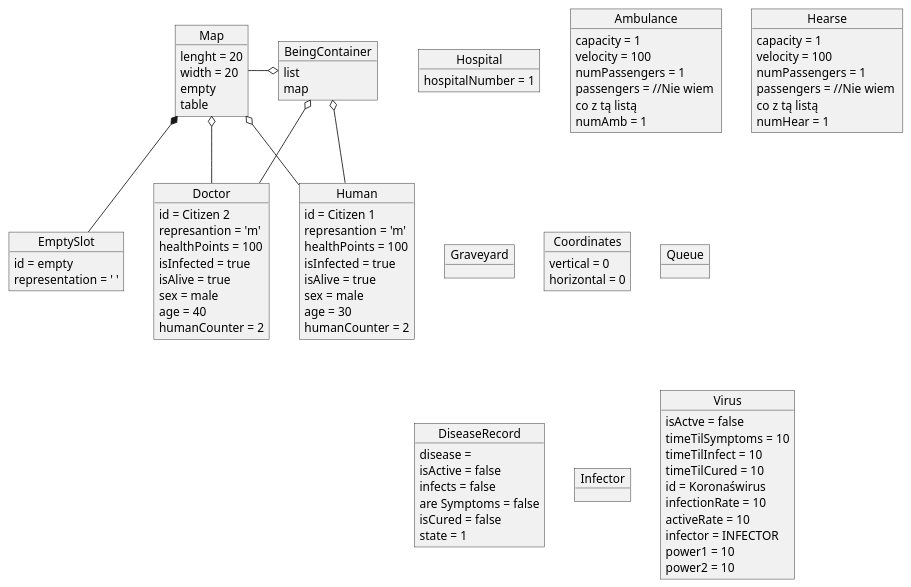
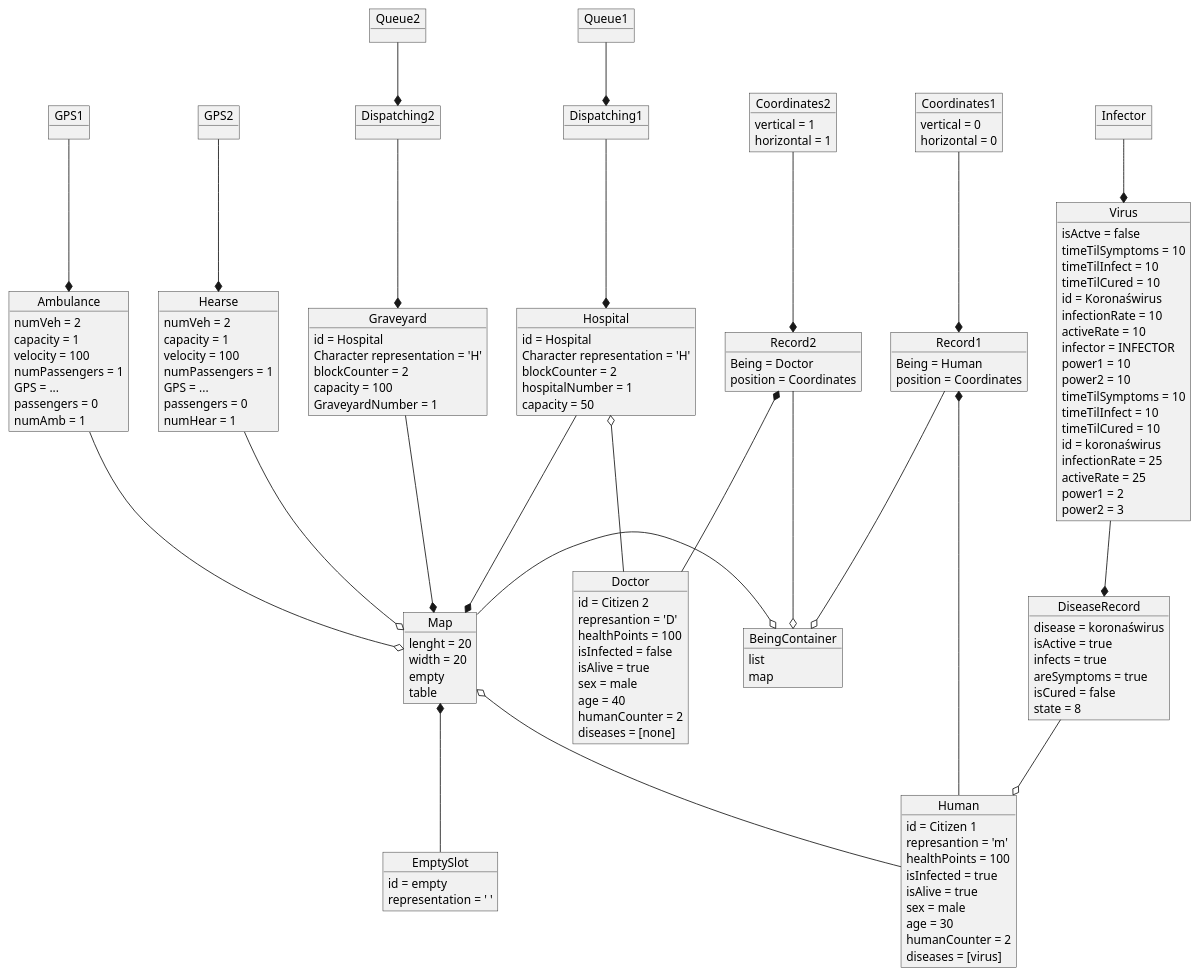
The diagram in dokumentacja/Object_diagram/Object_diagram.plantuml (karolWazny/plague-repo), drawn with PlantUML before and after one commit. The commit also changed 1 other file, not shown here.

Commit message:
Diagram obiektów v2

```diff
--- a/dokumentacja/Object_diagram/Object_diagram.plantuml
+++ b/dokumentacja/Object_diagram/Object_diagram.plantuml
@@ -1,94 +1,164 @@
 @startuml Object diagram
 object BeingContainer{
     list
     map
 }
 object Map{
     lenght = 20
     width = 20
     empty 
-    table
+    table 
 } 
 object Human{
     id = Citizen 1
     represantion = 'm'
     healthPoints = 100
     isInfected = true
     isAlive = true
     sex = male 
     age = 30 
     humanCounter = 2
+    diseases = [virus] 
 }
 object Doctor{
     id = Citizen 2
-    represantion = 'm'
+    represantion = 'D'
     healthPoints = 100
-    isInfected = true
+    isInfected = false
     isAlive = true
     sex = male 
     age = 40 
     humanCounter = 2
+    diseases = [none]
 }
 object EmptySlot{
     id = empty
     representation = ' '
 }
 object Hospital{
+    id = Hospital
+    Character representation = 'H'
+    blockCounter = 2
     hospitalNumber = 1
+    capacity = 50
+}
+object Dispatching1{
+
+}
+object Dispatching2{
+
+}
+object GPS1{
+
 }
 object Ambulance{
+    numVeh = 2
     capacity = 1
     velocity = 100
     numPassengers = 1
-    passengers = //Nie wiem \nco z tą listą 
+    GPS = ...
+    passengers = 0
     numAmb = 1
 }
 object Hearse{
+    numVeh = 2
     capacity = 1
     velocity = 100
     numPassengers = 1
-    passengers = //Nie wiem \nco z tą listą
+    GPS = ...
+    passengers = 0
     numHear = 1
 }
+object GPS2{
+
+}
 object Graveyard{
-    
+    id = Hospital
+    Character representation = 'H'
+    blockCounter = 2
+    capacity = 100
+    GraveyardNumber = 1
 }
-object Coordinates{
+object Coordinates1{
     vertical = 0
     horizontal = 0
 }
-object Queue{
+object Queue1{
 
 }
-object DiseaseRecord{
-    disease = 
-    isActive = false 
-    infects = false 
-    are Symptoms = false 
-    isCured = false 
-    state = 1
+object Queue2{
+
 }
+
 object Infector{
     
 }
 object Virus{
     isActve = false
     timeTilSymptoms = 10
     timeTilInfect = 10
     timeTilCured = 10
     id = Koronaświrus
     infectionRate = 10
     activeRate = 10
     infector = INFECTOR 
     power1 = 10
     power2 = 10
 }
+object Virus{
+    timeTilSymptoms = 10
+    timeTilInfect = 10
+    timeTilCured = 10
+    id = koronaświrus
+    infectionRate = 25
+    activeRate = 25
+    power1 = 2
+    power2 = 3
+}
+object DiseaseRecord{
+    disease = koronaświrus
+    isActive = true 
+    infects = true 
+    areSymptoms = true 
+    isCured = false 
+    state = 8
+}
+object Record1{
+    Being = Human
+    position = Coordinates
+}
+object Record2{
+    Being = Doctor
+    position = Coordinates
+}
+object Coordinates2{
+    vertical = 1
+    horizontal = 1
+}
 
 Map -o BeingContainer 
 Map *-- EmptySlot
 Map o-- Human
-BeingContainer o-- Human
-Map o-- Doctor
-BeingContainer o-- Doctor
+Record1 *-- Human
+Hospital o-- Doctor
+Record2 *-- Doctor
+Record1 --o BeingContainer
+Hospital --* Map 
+Graveyard --* Map 
+GPS1 --* Ambulance 
+Ambulance --o Map
+GPS2 --* Hearse 
+Hearse --o Map
+Infector --* Virus
+Dispatching1 --* Hospital
+Dispatching2 --* Graveyard
+Queue1 --* Dispatching1
+Queue2 --* Dispatching2
+Virus --* DiseaseRecord
+DiseaseRecord --o Human
+Coordinates1 --* Record1
+Record2 --o BeingContainer
+Coordinates2 --* Record2
+
 
 @enduml 
```
